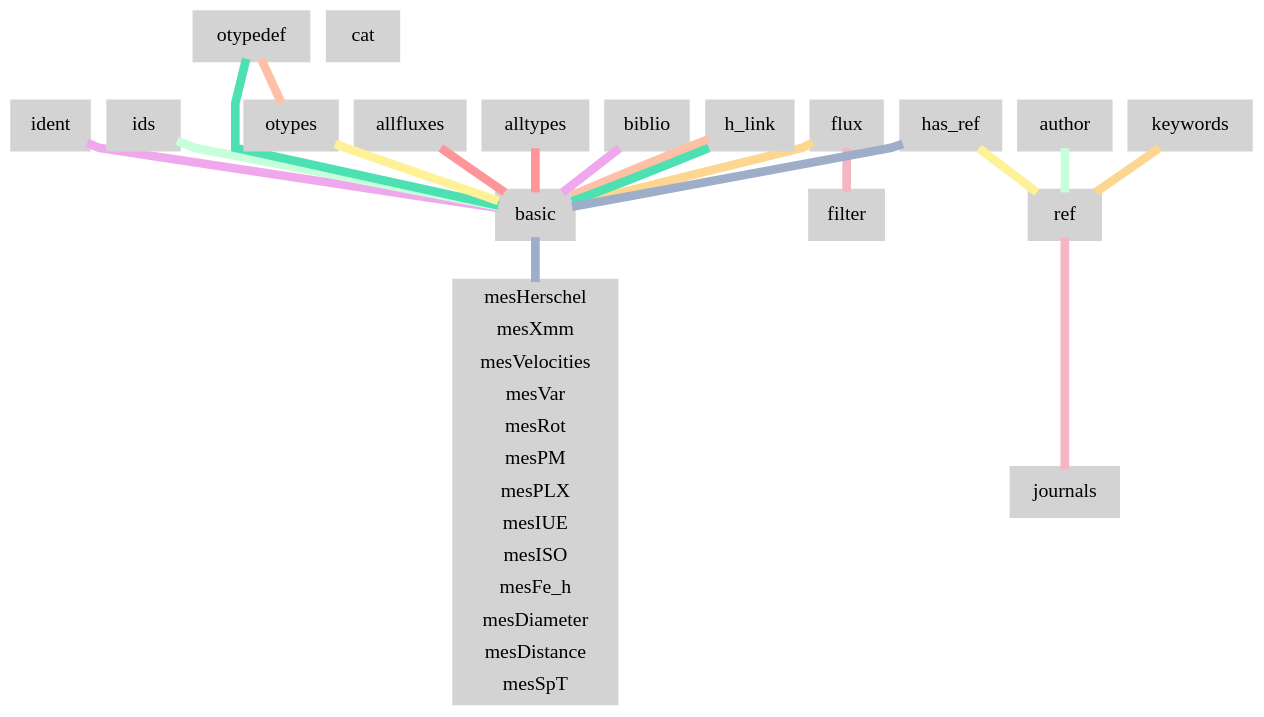
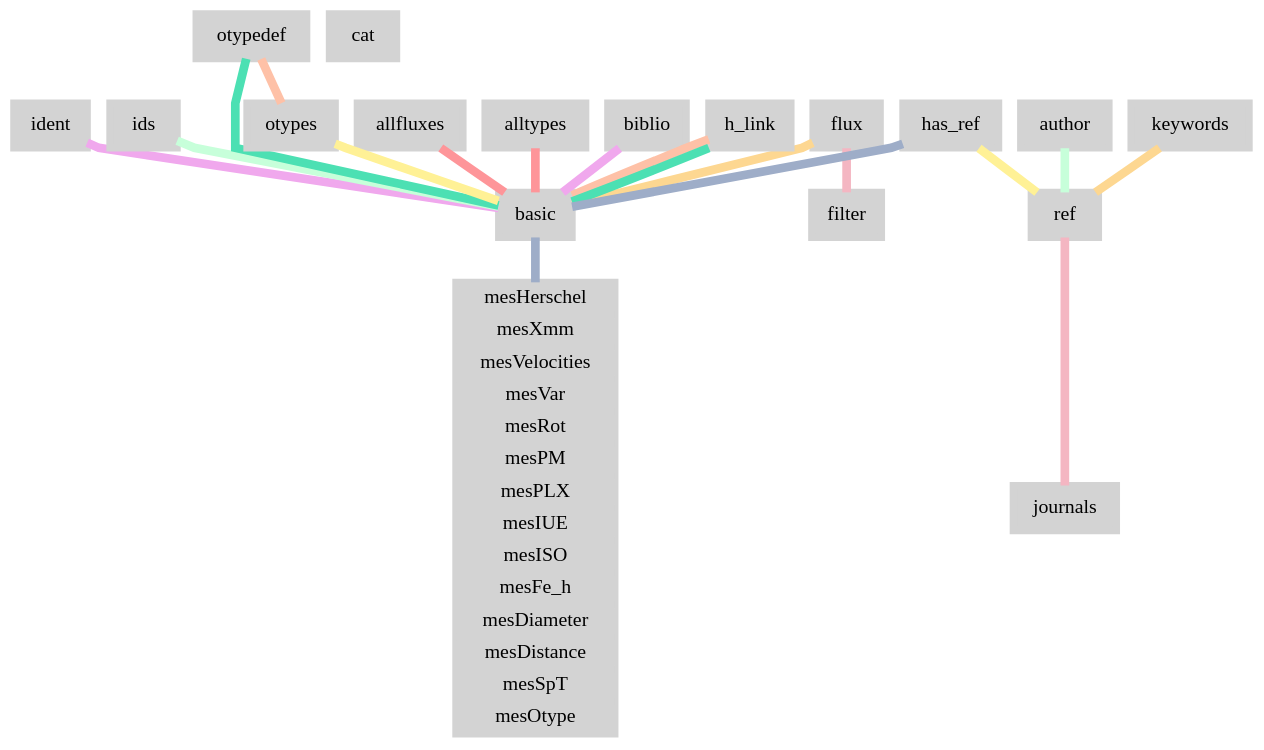
One commit to astropy/astroquery changed the diagram in docs/simbad/simbad-er.gv. Above: the diagram before and after it, drawn with Graphviz.

Commit message:
fix: graph updated for the new measurement table

```diff
--- a/docs/simbad/simbad-er.gv
+++ b/docs/simbad/simbad-er.gv
@@ -1,41 +1,41 @@
 graph "Simbad Relational Database" {
 	node [color=lightgray penwidth=6 shape=box style=filled]
 	graph [esep="+0" mode=major overlap=false sep=0 splines=polyline]
 	edge [color=lightgray labelOverlay="100%" penwidth=7]
-	"Measurement tables" [label="{mesHerschel | mesXmm | mesVelocities | mesVar | mesRot | mesPM | mesPLX | mesIUE | mesISO | mesFe_h | mesDiameter | mesDistance | mesSpT }" fontsize=16 shape=record]
+	"Measurement tables" [label="{mesHerschel | mesXmm | mesVelocities | mesVar | mesRot | mesPM | mesPLX | mesIUE | mesISO | mesFe_h | mesDiameter | mesDistance | mesSpT | mesOtype }" fontsize=16 shape=record]
 	basic -- "Measurement tables" [color="#9EADC8" tooltip="oid:oidref"]
 	allfluxes [fontsize=16 tooltip="all flux/magnitudes U,B,V,I,J,H,K,u_,g_,r_,i_,z_"]
 	alltypes [fontsize=16 tooltip="all object types concatenated with pipe"]
 	author [fontsize=16 tooltip="Author of a bibliographic reference"]
 	basic [fontsize=16 tooltip="General data about an astronomical object"]
 	biblio [fontsize=16 tooltip=Bibliography]
 	cat [fontsize=16 tooltip="Catalogues name"]
 	filter [fontsize=16 tooltip="Description of a flux filter"]
 	flux [fontsize=16 tooltip="Magnitude/Flux information about an astronomical object"]
 	h_link [fontsize=16 tooltip="hierarchy of membership measure"]
 	has_ref [fontsize=16 tooltip="Associations between astronomical objects and their bibliographic references"]
 	ident [fontsize=16 tooltip="Identifiers of an astronomical object"]
 	ids [fontsize=16 tooltip="all names concatenated with pipe"]
 	journals [fontsize=16 tooltip="Description of all used journals in the database"]
 	keywords [fontsize=16 tooltip="List of keywords in a paper"]
 	otypedef [fontsize=16 tooltip="all names and definitions for the object types"]
 	otypes [fontsize=16 tooltip="List of all object types associated with an object"]
 	ref [fontsize=16 tooltip="Bibliographic reference"]
 	ids -- basic [color="#C7FFDA" tooltip="oidref:oid"]
 	otypedef -- otypes [color="#FEC1A7" tooltip="otype:otype"]
 	otypedef -- basic [color="#4CE0B3" tooltip="otype:otype"]
 	ident -- basic [color="#F0A8ED" tooltip="oidref:oid"]
 	flux -- basic [color="#FDD791" tooltip="oidref:oid"]
 	flux -- filter [color="#F4B6C2" tooltip="filter:filtername"]
 	allfluxes -- basic [color="#FE9599" tooltip="oidref:oid"]
 	has_ref -- ref [color="#FFF196" tooltip="oidbibref:oidbib"]
 	has_ref -- basic [color="#9EADC8" tooltip="oidref:oid"]
 	author -- ref [color="#C7FFDA" tooltip="oidbibref:oidbib"]
 	h_link -- basic [color="#FEC1A7" tooltip="parent:oid"]
 	h_link -- basic [color="#4CE0B3" tooltip="child:oid"]
 	biblio -- basic [color="#F0A8ED" tooltip="oidref:oid"]
 	keywords -- ref [color="#FDD791" tooltip="oidbibref:oidbib"]
 	ref -- journals [color="#F4B6C2" tooltip="journal:journal"]
 	alltypes -- basic [color="#FE9599" tooltip="oidref:oid"]
 	otypes -- basic [color="#FFF196" tooltip="oidref:oid"]
 }
```
